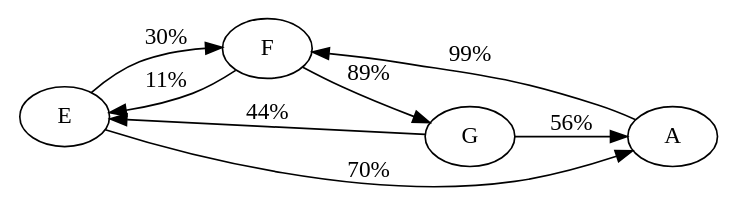
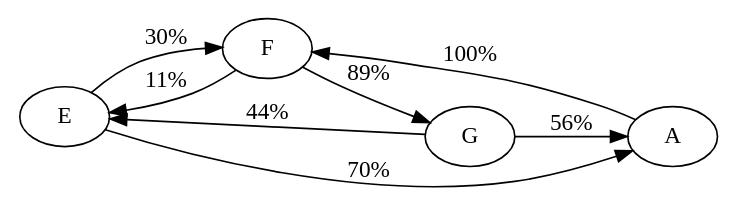
The diagram in doc/einreichung/example-graph.gv (sternenseemann/likely-music), drawn with Graphviz before and after one commit. The commit also changed 6 other files, not shown here.

```diff
--- a/doc/einreichung/example-graph.gv
+++ b/doc/einreichung/example-graph.gv
@@ -1,10 +1,10 @@
 digraph {
   rankdir="LR";
   "E" -> "F" [ label = "30%" ]
   "E" -> "A" [ label = "70%" ]
   "F" -> "G" [ label = "89%" ]
   "F" -> "E" [ label = "11%" ]
   "G" -> "E" [ label = "44%" ]
   "G" -> "A" [ label = "56%" ]
-  "A" -> "F" [ label = "99%" ]
+  "A" -> "F" [ label = "100%" ]
 }
```
